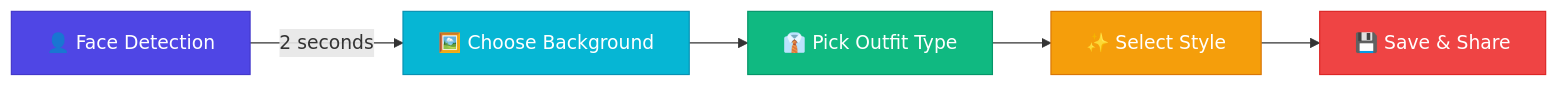
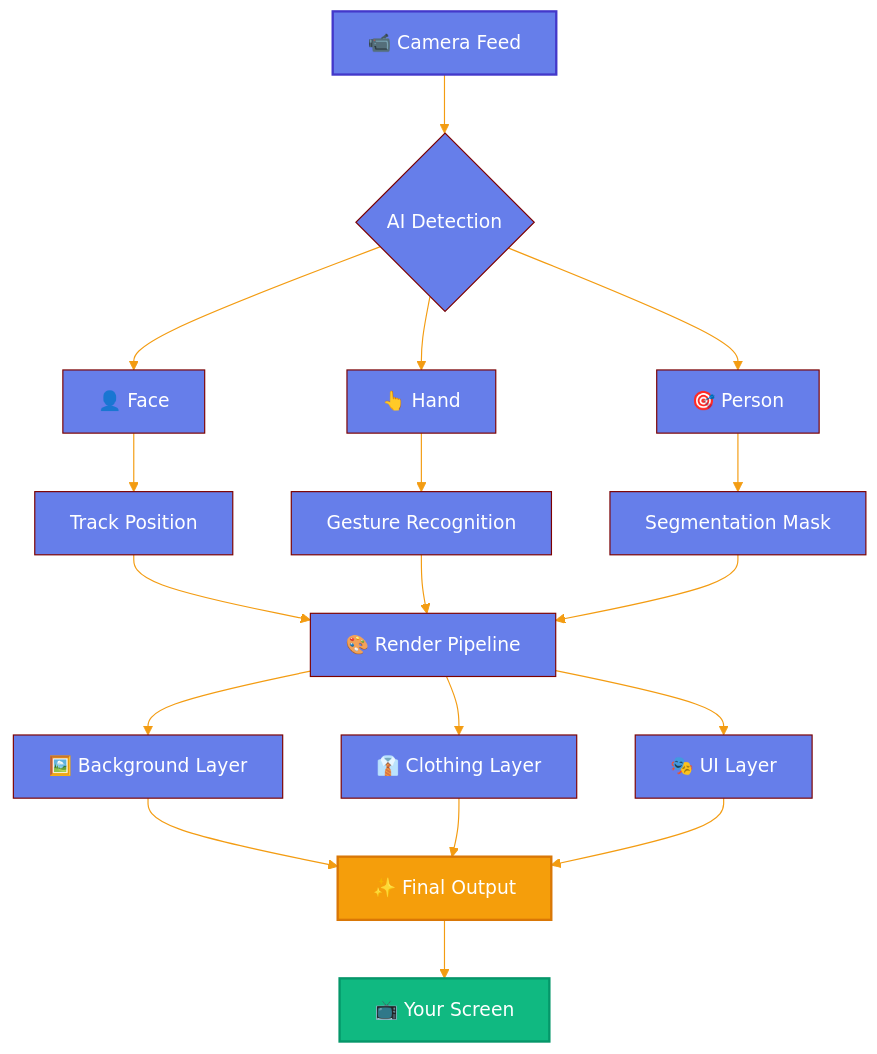
One commit to alam025/AI_Professional_Makeover changed the second of 3 diagrams in readme.md. Above: the diagram before and after it, drawn with Mermaid. The commit also changed other lines of this file, not shown here.

````diff
--- a/readme.md
+++ b/readme.md
@@ -160,13 +197,31 @@
 ```mermaid
-graph LR
-    A[👤 Face Detection] -->|2 seconds| B[🖼️ Choose Background]
-    B --> C[👔 Pick Outfit Type]
-    C --> D[✨ Select Style]
-    D --> E[💾 Save & Share]
+%%{init: {'theme':'base', 'themeVariables': { 'primaryColor':'#667eea','primaryTextColor':'#fff','primaryBorderColor':'#7C0000','lineColor':'#F39C12','secondaryColor':'#006100','tertiaryColor':'#fff'}}}%%
+
+flowchart TD
+    A[📹 Camera Feed] --> B{AI Detection}
+    B --> C[👤 Face]
+    B --> D[👆 Hand]
+    B --> E[🎯 Person]
     
-    style A fill:#4F46E5,stroke:#4338CA,color:#fff
-    style B fill:#06B6D4,stroke:#0891B2,color:#fff
-    style C fill:#10B981,stroke:#059669,color:#fff
-    style D fill:#F59E0B,stroke:#D97706,color:#fff
-    style E fill:#EF4444,stroke:#DC2626,color:#fff
+    C --> F[Track Position]
+    D --> G[Gesture Recognition]
+    E --> H[Segmentation Mask]
+    
+    F --> I[🎨 Render Pipeline]
+    G --> I
+    H --> I
+    
+    I --> J[🖼️ Background Layer]
+    I --> K[👔 Clothing Layer]
+    I --> L[🎭 UI Layer]
+    
+    J --> M[✨ Final Output]
+    K --> M
+    L --> M
+    
+    M --> N[📺 Your Screen]
+    
+    style A fill:#667eea,stroke:#4338ca,stroke-width:2px,color:#fff
+    style N fill:#10b981,stroke:#059669,stroke-width:2px,color:#fff
+    style M fill:#f59e0b,stroke:#d97706,stroke-width:2px,color:#fff
 ```
````
